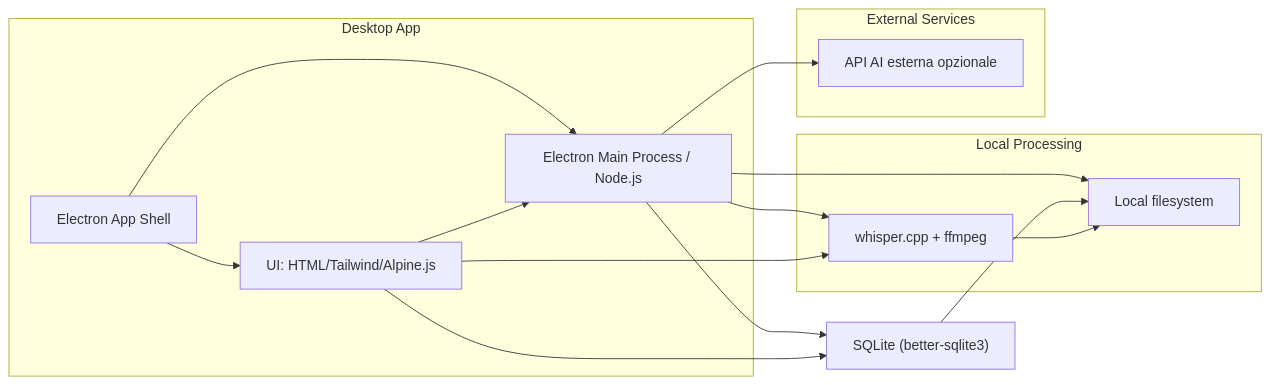
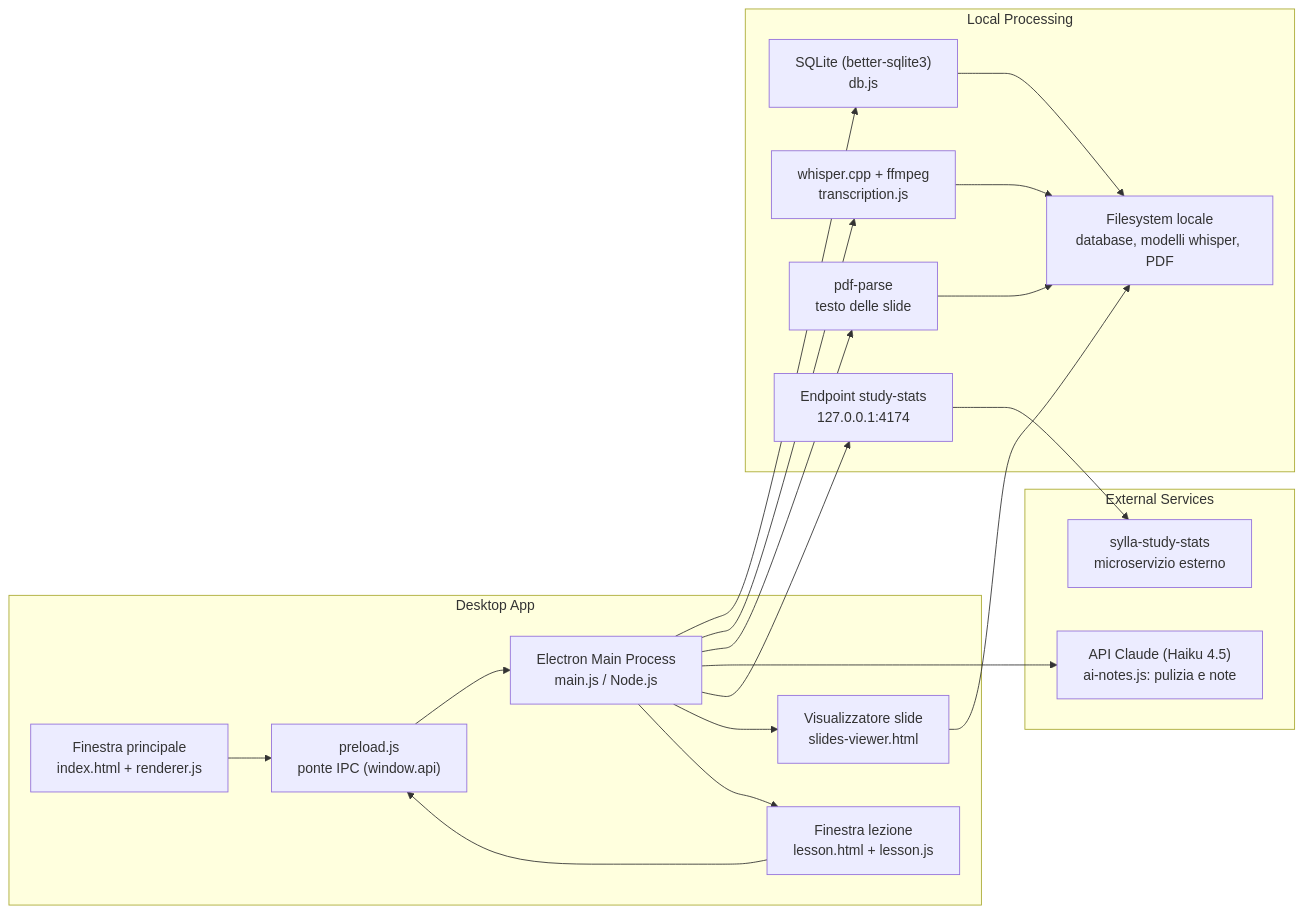
The diagram in architecture.mmd (mariyadyshkant/sylla-ai-driven-pj), drawn with Mermaid before and after one commit. The commit also changed 11 other files, not shown here.

First line of the commit message:
feat: add feature plans for transcript cleaning and slide PDF attachment

```diff
--- a/architecture.mmd
+++ b/architecture.mmd
@@ -1,36 +1,50 @@
 flowchart LR
-  App["Electron App Shell"]
-  UI["UI: HTML/Tailwind/Alpine.js"]
-  Main["Electron Main Process / Node.js"]
-  DB["SQLite (better-sqlite3)"]
-  Whisper["whisper.cpp + ffmpeg"]
-  AI["API AI esterna opzionale"]
-  Storage["Local filesystem"]
+  Win["Finestra principale<br/>index.html + renderer.js"]
+  LessonWin["Finestra lezione<br/>lesson.html + lesson.js"]
+  SlidesWin["Visualizzatore slide<br/>slides-viewer.html"]
+  Preload["preload.js<br/>ponte IPC (window.api)"]
+  Main["Electron Main Process<br/>main.js / Node.js"]
+  DB["SQLite (better-sqlite3)<br/>db.js"]
+  Whisper["whisper.cpp + ffmpeg<br/>transcription.js"]
+  Pdf["pdf-parse<br/>testo delle slide"]
+  AI["API Claude (Haiku 4.5)<br/>ai-notes.js: pulizia e note"]
+  Stats["Endpoint study-stats<br/>127.0.0.1:4174"]
+  StatsSvc["sylla-study-stats<br/>microservizio esterno"]
+  Storage["Filesystem locale<br/>database, modelli whisper, PDF"]
 
-  App --> UI
-  App --> Main
+  Win --> Preload
+  LessonWin --> Preload
+  Preload --> Main
   Main --> DB
-  Main --> Storage
   Main --> Whisper
+  Main --> Pdf
   Main --> AI
-  UI --> Main
-  UI --> Whisper
-  UI --> DB
+  Main --> Stats
+  Main --> SlidesWin
+  Main --> LessonWin
+  Stats --> StatsSvc
+  DB --> Storage
+  Whisper --> Storage
+  Pdf --> Storage
+  SlidesWin --> Storage
 
   subgraph Desktop App
-    App
-    UI
+    Win
+    LessonWin
+    SlidesWin
+    Preload
     Main
   end
 
   subgraph Local Processing
+    DB
     Whisper
+    Pdf
     Storage
+    Stats
   end
 
   subgraph External Services
     AI
+    StatsSvc
   end
-
-  DB --> Storage
-  Whisper --> Storage
```
